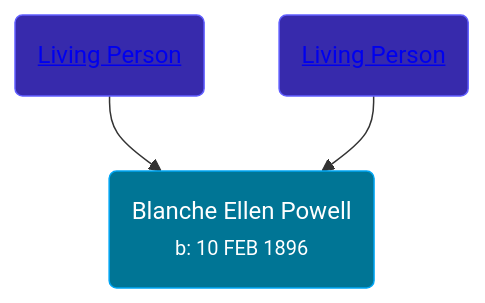
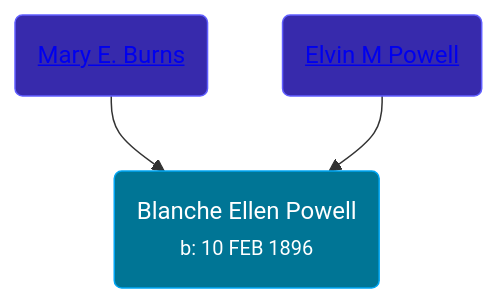
Before and after one commit to wpmgotkh/wpmgotkh.github.io: the diagram in pages/people/8/88023024.md, drawn with Mermaid. The commit also changed other lines of this file and 586 other files, not shown here.

Commit message:
feat: better shouldConsiderPersonLiving algo

````diff
--- a/pages/people/8/88023024.md
+++ b/pages/people/8/88023024.md
@@ -10,9 +10,9 @@
 ```mermaid
 graph
 classDef grands fill:#193cb8,stroke:#2b7fff,stroke-width:1px,color:#fff;
 classDef parents fill:#372aac,stroke:#615fff,stroke-width:1px,color:#fff;
 classDef primary fill:#007595,stroke:#00a6f4,stroke-width:1px,color:#fff;
 88023024(Blanche Ellen Powell<br /><small>b: 10 FEB 1896</small>):::primary
-91954272(<a class="text-white" href="/people/9/91954272">Living Person</a>):::parents-->88023024
-97584214(<a class="text-white" href="/people/9/97584214">Living Person</a>):::parents-->88023024
+91954272(<a class="text-white" href="/people/9/91954272">Mary E. Burns</a>):::parents-->88023024
+97584214(<a class="text-white" href="/people/9/97584214">Elvin M Powell</a>):::parents-->88023024
 ```
````
